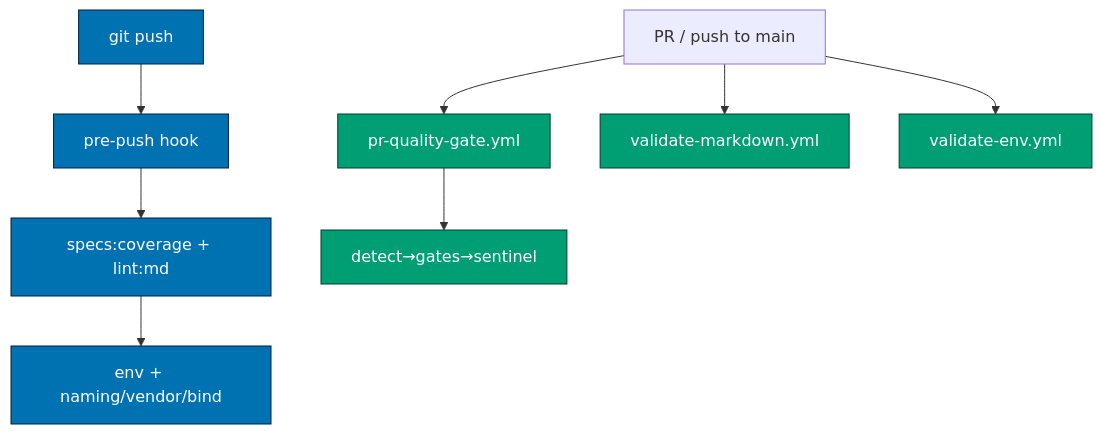
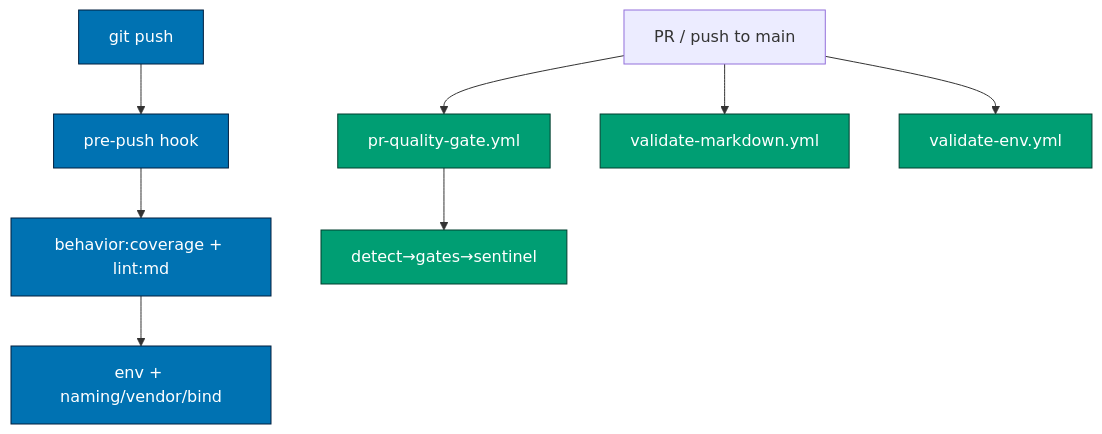
Before and after one commit to wahidyankf/baseerah: the fourth of 6 diagrams in plans/in-progress/standardize-rhino-cli-sdlc-parity/tech-docs.md, drawn with Mermaid. The commit also changed other lines of this file and 4 other files, not shown here.

````diff
--- a/plans/in-progress/standardize-rhino-cli-sdlc-parity/tech-docs.md
+++ b/plans/in-progress/standardize-rhino-cli-sdlc-parity/tech-docs.md
@@ -450,15 +549,15 @@
 ```mermaid
 flowchart TD
     D[git push] --> E[pre-push hook]
-    E --> E1["specs:coverage + lint:md"]
+    E --> E1["behavior:coverage + lint:md"]
     E1 --> E2["env + naming/vendor/bind"]
     F[PR / push to main] --> G[pr-quality-gate.yml]
     F --> H[validate-markdown.yml]
     F --> I[validate-env.yml]
     G --> G1["detect→gates→sentinel"]
 
     classDef hook fill:#0072B2,color:#ffffff,stroke:#001f3f
     classDef ci fill:#009E73,color:#ffffff,stroke:#003f2f
     class D,E,E1,E2 hook
     class G,H,I,G1 ci
 ```
````
